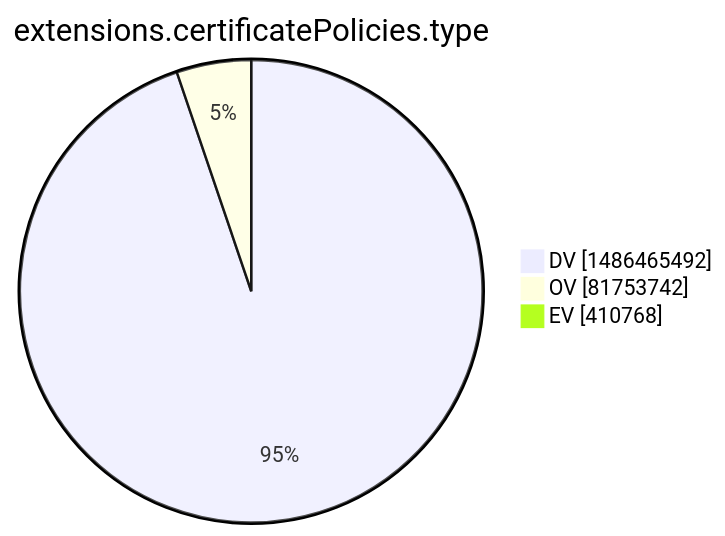
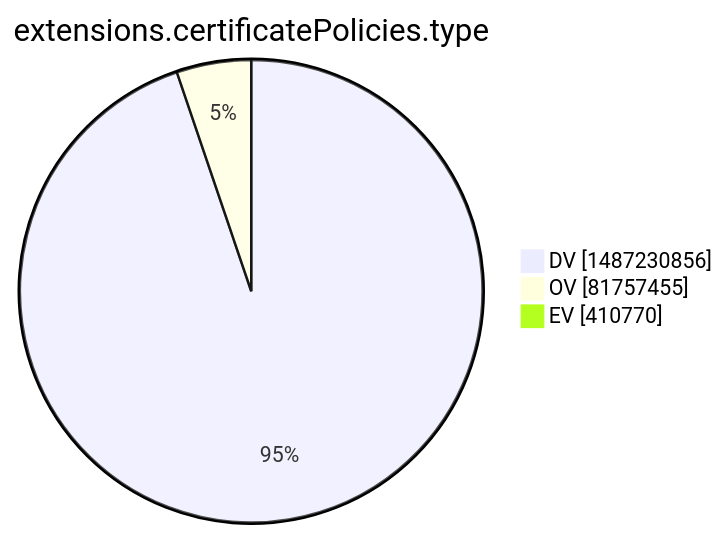
One commit to christiankrug/ctmonitor_visualization changed the tenth of 15 diagrams in xenon2022/README.md. Above: the diagram before and after it, drawn with Mermaid. The commit also changed other lines of this file, not shown here.

````diff
--- a/xenon2022/README.md
+++ b/xenon2022/README.md
@@ -2873,7 +2873,7 @@
 ```mermaid
 pie showData
 title extensions.certificatePolicies.type
-"DV" :1486465492
-"OV" :81753742
-"EV" :410768
+"DV" :1487230856
+"OV" :81757455
+"EV" :410770
 ```
````
